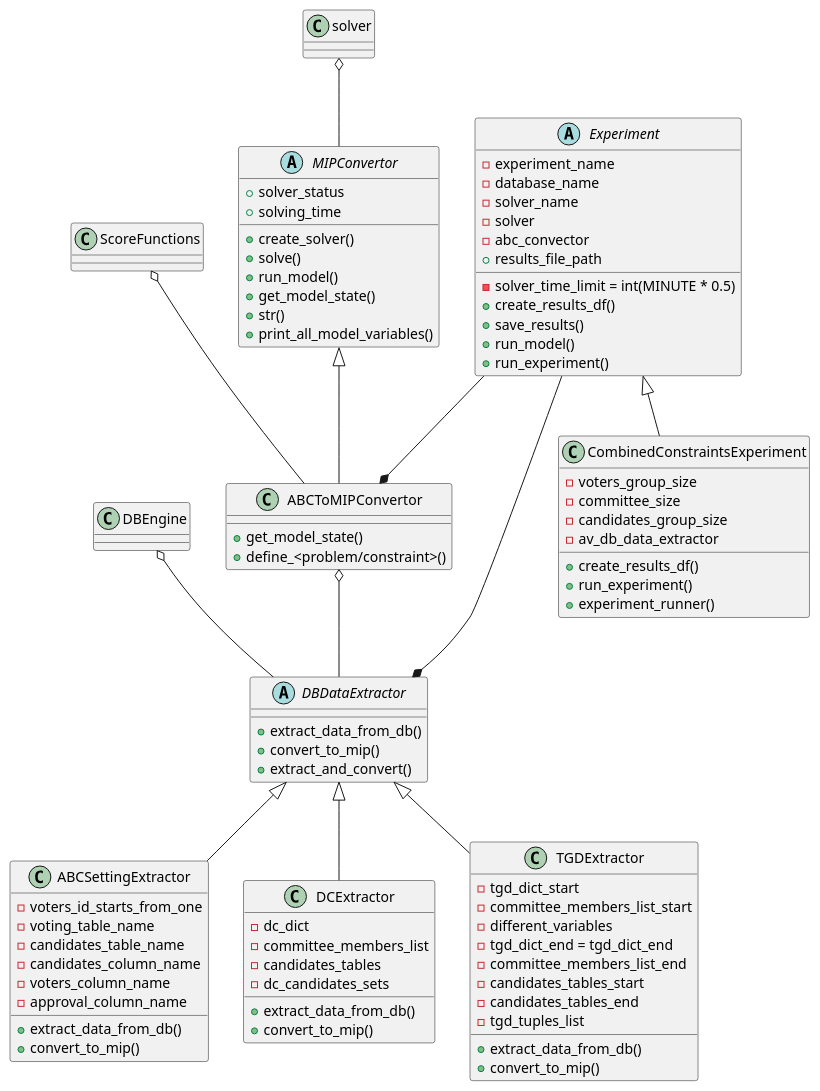
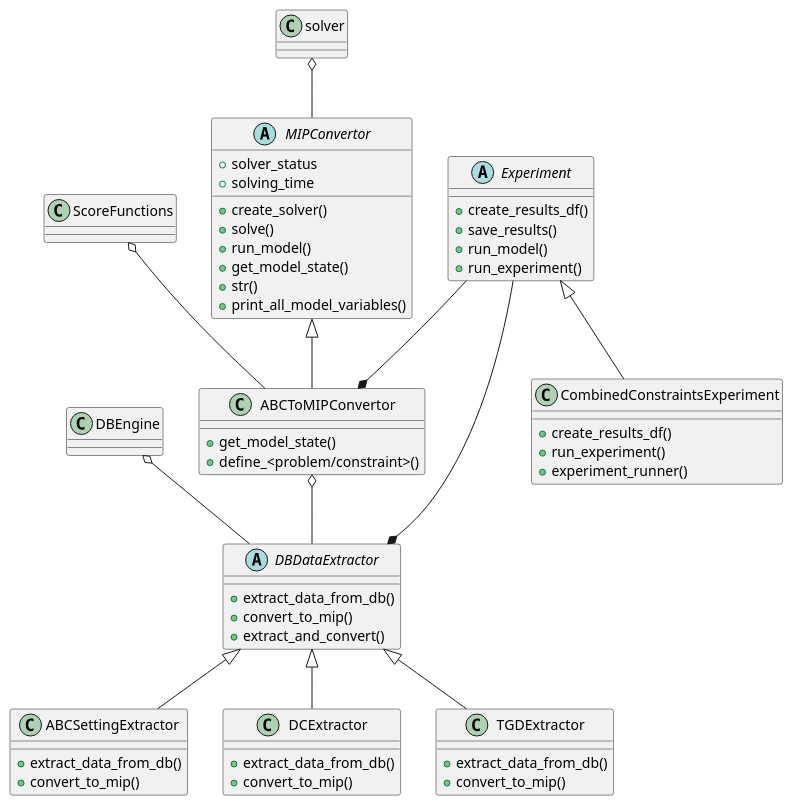
One commit to Roi-Yona/abcc changed the diagram in project_design.puml. Above: the diagram before and after it, drawn with PlantUML. The commit also changed 58 other files, not shown here.

```diff
--- a/project_design.puml
+++ b/project_design.puml
@@ -1,98 +1,65 @@
 @startuml
 
 abstract class MIPConvertor {
     +solver_status
     +solving_time
 
     +create_solver()
     +solve()
     +run_model()
     +get_model_state()
     +str()
     +print_all_model_variables()
 }
 solver o-- MIPConvertor
 
 class ABCToMIPConvertor{
    +get_model_state()
    +define_<problem/constraint>()
 }
 MIPConvertor <|-- ABCToMIPConvertor
 ScoreFunctions o-- ABCToMIPConvertor
 
 abstract class DBDataExtractor{
     +extract_data_from_db()
     +convert_to_mip()
     +extract_and_convert()
 }
 ABCToMIPConvertor o-- DBDataExtractor
 DBEngine o-- DBDataExtractor
 
 class ABCSettingExtractor{
-    -voters_id_starts_from_one
-    -voting_table_name
-    -candidates_table_name
-    -candidates_column_name
-    -voters_column_name
-    -approval_column_name
-
     +extract_data_from_db()
     +convert_to_mip()
 }
 DBDataExtractor <|-- ABCSettingExtractor
 
 class DCExtractor{
-    -dc_dict
-    -committee_members_list
-    -candidates_tables
-    -dc_candidates_sets
-
     +extract_data_from_db()
     +convert_to_mip()
 }
 DBDataExtractor <|-- DCExtractor
 
 class TGDExtractor{
-    -tgd_dict_start
-    -committee_members_list_start
-    -different_variables
-    -tgd_dict_end = tgd_dict_end
-    -committee_members_list_end
-    -candidates_tables_start
-    -candidates_tables_end
-    -tgd_tuples_list
-
     +extract_data_from_db()
     +convert_to_mip()
 }
 DBDataExtractor <|-- TGDExtractor
 
 abstract class Experiment{
-    -experiment_name
-    -database_name
-    -solver_time_limit = int(MINUTE * 0.5)
-    -solver_name
-    -solver
-    -abc_convector
-    +results_file_path
-
     +create_results_df()
     +save_results()
     +run_model()
     +run_experiment()
 }
 Experiment --* ABCToMIPConvertor
 Experiment --* DBDataExtractor
 
 class CombinedConstraintsExperiment{
-    -voters_group_size
-    -committee_size
-    -candidates_group_size
-    -av_db_data_extractor
     +create_results_df()
     +run_experiment()
     +experiment_runner()
 }
 Experiment <|-- CombinedConstraintsExperiment
 
 @enduml
```
